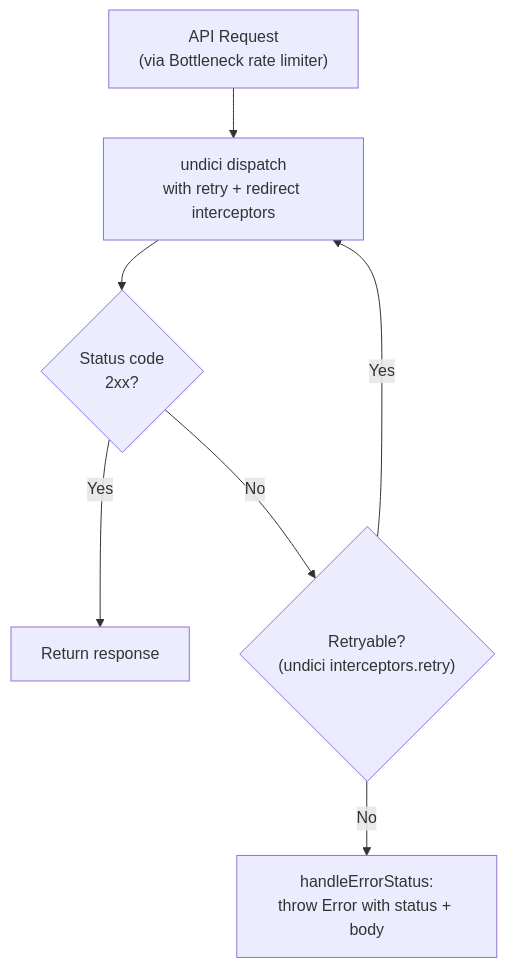
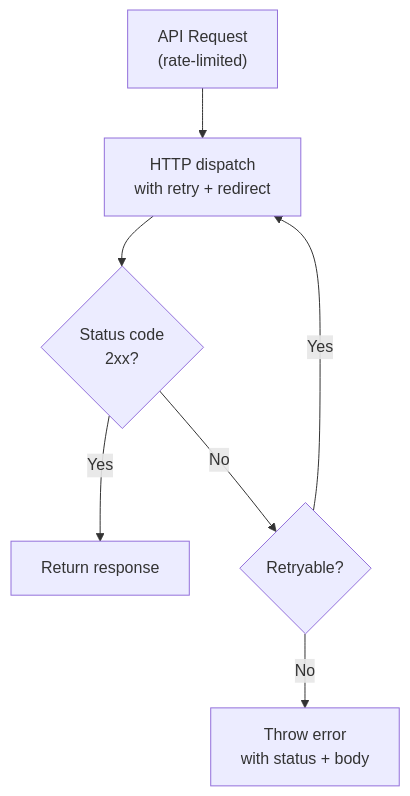
The sixth of 6 diagrams in services/confluence-connector/docs/technical/flows.md (Unique-AG/connectors), drawn with Mermaid before and after one commit. The commit also changed other lines of this file, not shown here.

First line of the commit message:
refact: align flows.md with SharePoint connector template

````diff
--- a/services/confluence-connector/docs/technical/flows.md
+++ b/services/confluence-connector/docs/technical/flows.md
@@ -429,9 +400,9 @@
 ```mermaid
 flowchart TB
-    Request["API Request<br/>(via Bottleneck rate limiter)"] --> UndiciDispatch["undici dispatch<br/>with retry + redirect interceptors"]
-    UndiciDispatch --> Response{"Status code<br/>2xx?"}
+    Request["API Request<br/>(rate-limited)"] --> Dispatch["HTTP dispatch<br/>with retry + redirect"]
+    Dispatch --> Response{"Status code<br/>2xx?"}
     Response -->|Yes| Continue["Return response"]
-    Response -->|No| RetryInterceptor{"Retryable?<br/>(undici interceptors.retry)"}
-    RetryInterceptor -->|Yes| UndiciDispatch
-    RetryInterceptor -->|No| HandleError["handleErrorStatus:<br/>throw Error with status + body"]
+    Response -->|No| RetryCheck{"Retryable?"}
+    RetryCheck -->|Yes| Dispatch
+    RetryCheck -->|No| HandleError["Throw error<br/>with status + body"]
 ```
````
